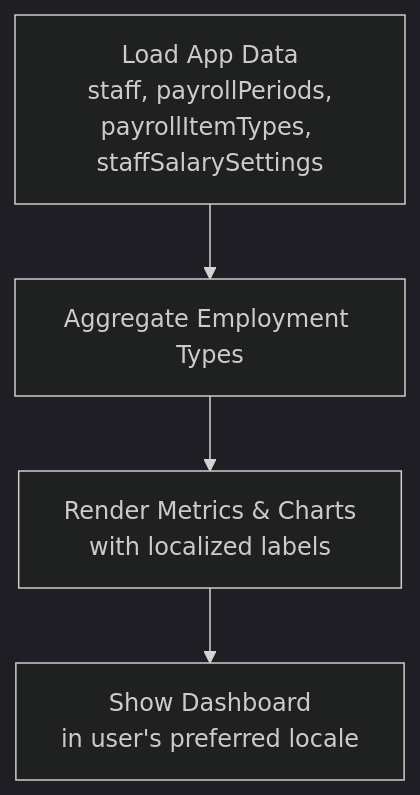
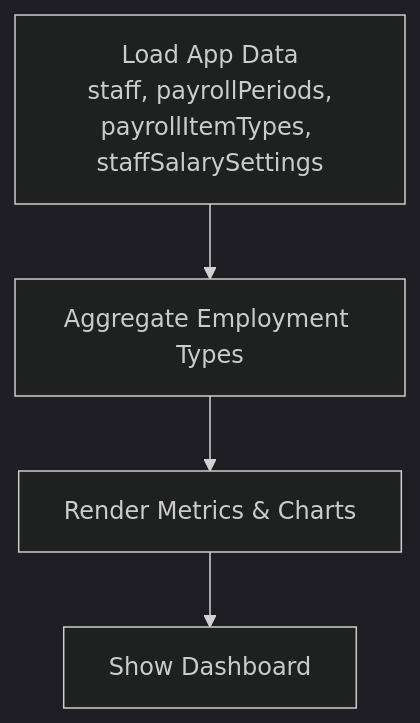
Diagram 11 of 11 in .qoder/repowiki/en/content/Modules System/HR Module.md (geniusdynamics/schoolpilot), drawn with Mermaid (dark theme) before and after one commit. The commit also changed other lines of this file and 311 other files, not shown here.

````diff
--- a/.qoder/repowiki/en/content/Modules System/HR Module.md
+++ b/.qoder/repowiki/en/content/Modules System/HR Module.md
@@ -652,8 +438,8 @@
 ```mermaid
 flowchart TD
 Load["Load App Data<br/>staff, payrollPeriods,<br/>payrollItemTypes, staffSalarySettings"]
 Count["Aggregate Employment Types"]
-Metrics["Render Metrics & Charts<br/>with localized labels"]
-Display["Show Dashboard<br/>in user's preferred locale"]
+Metrics["Render Metrics & Charts"]
+Display["Show Dashboard"]
 Load --> Count --> Metrics --> Display
 ```
````
